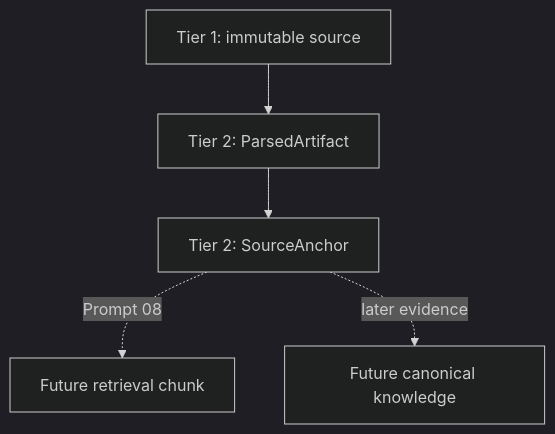
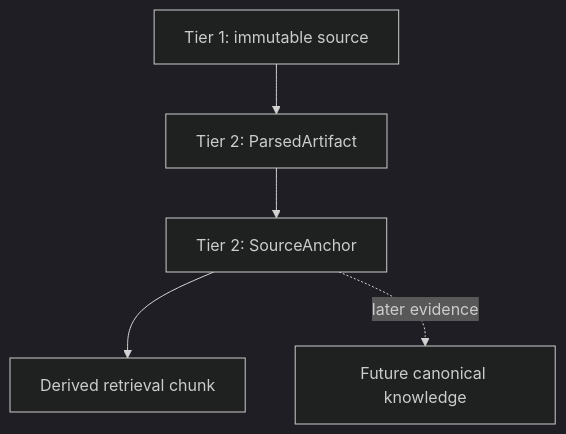
Before and after one commit to mikara89/loregrove: the second of 3 diagrams in docs/architecture/parsing-and-source-anchors.md, drawn with Mermaid (dark theme). The commit also changed other lines of this file and 49 other files, not shown here.

````diff
--- a/docs/architecture/parsing-and-source-anchors.md
+++ b/docs/architecture/parsing-and-source-anchors.md
@@ -30,13 +30,13 @@
 ```mermaid
 flowchart TB
     ORIGINAL[Tier 1: immutable source]
     PARSED[Tier 2: ParsedArtifact]
     ANCHOR[Tier 2: SourceAnchor]
-    CHUNK[Future retrieval chunk]
+    CHUNK[Derived retrieval chunk]
     KNOWLEDGE[Future canonical knowledge]
 
     ORIGINAL --> PARSED
     PARSED --> ANCHOR
-    ANCHOR -. Prompt 08 .-> CHUNK
+    ANCHOR --> CHUNK
     ANCHOR -. later evidence .-> KNOWLEDGE
 ```
````
